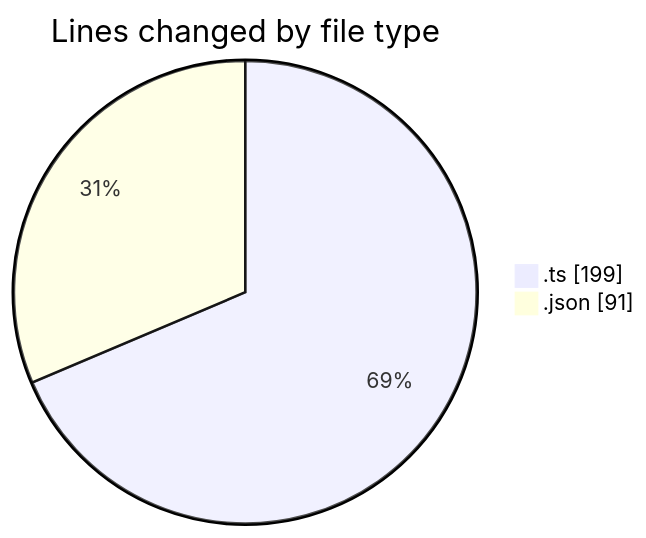
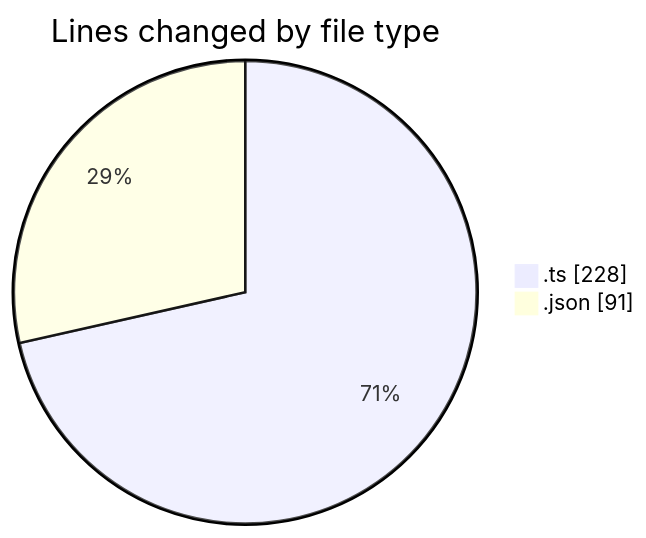
Before and after one commit to donsfak/code-tracking: the first of 2 diagrams in 2025-02-08/maps_clone/README.md, drawn with Mermaid. The commit also changed other lines of this file and 1 other file, not shown here.

````diff
--- a/2025-02-08/maps_clone/README.md
+++ b/2025-02-08/maps_clone/README.md
@@ -21,6 +21,6 @@
 ```mermaid
 pie showData
 title Lines changed by file type
-".ts" : 199
+".ts" : 228
 ".json" : 91
 ```
````
